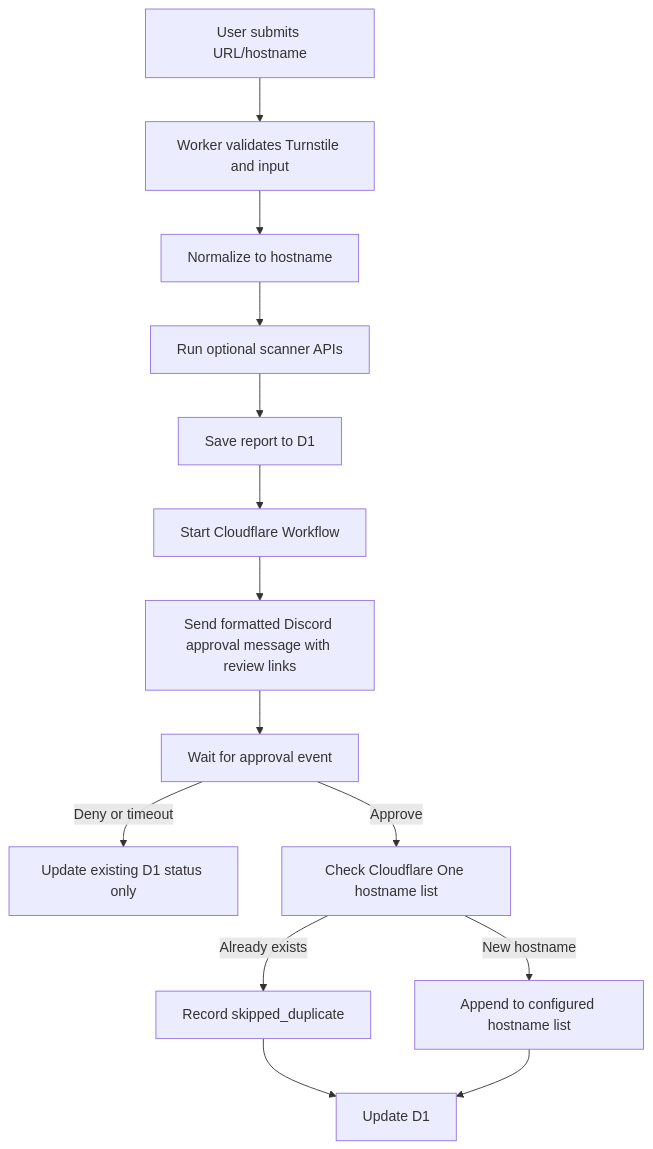
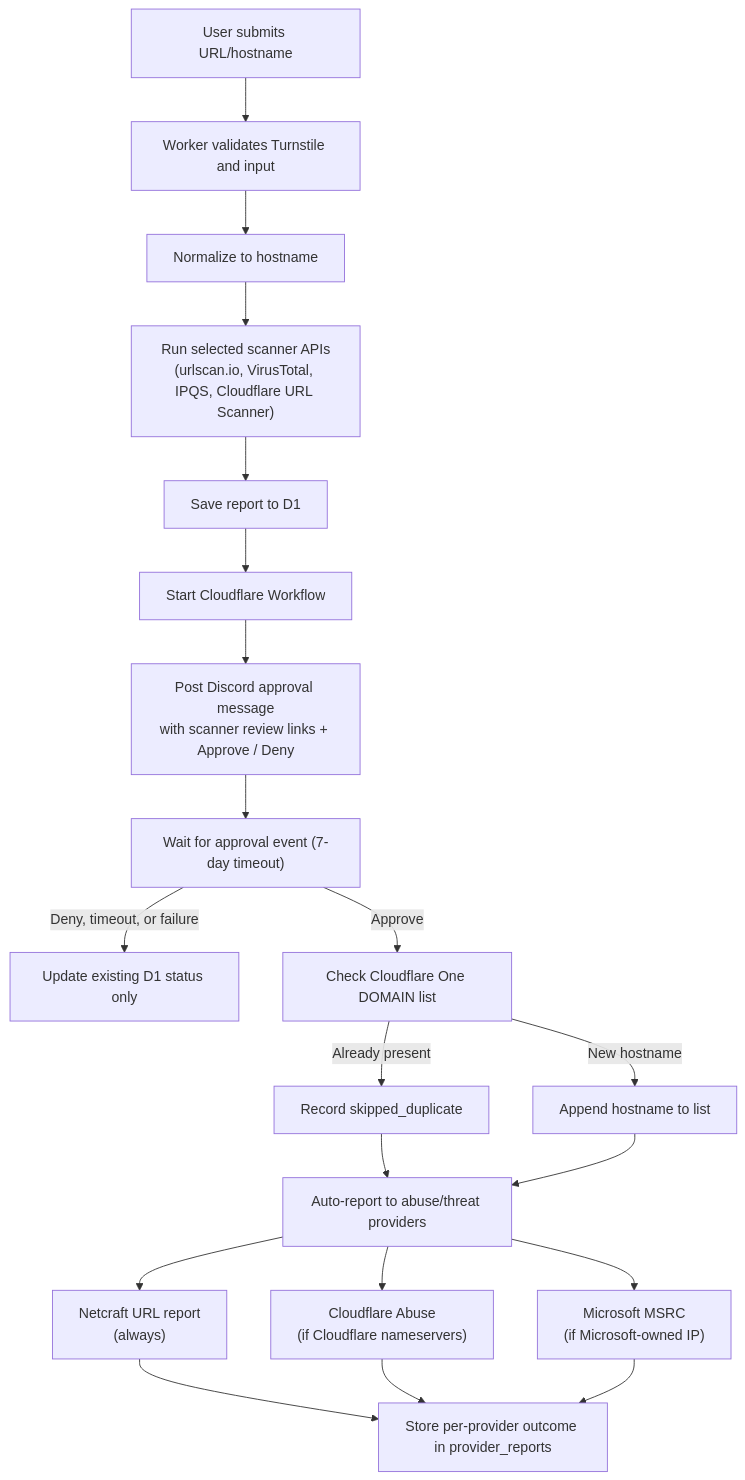
Before and after one commit to DavidJKTofan/phishing-submission-collector: the diagram in README.md, drawn with Mermaid. The commit also changed other lines of this file and 28 other files, not shown here.

````diff
--- a/README.md
+++ b/README.md
@@ -20,16 +23,22 @@
 ```mermaid
 flowchart TD
     A["User submits URL/hostname"] --> B["Worker validates Turnstile and input"]
     B --> C["Normalize to hostname"]
-    C --> D["Run optional scanner APIs"]
+    C --> D["Run selected scanner APIs<br/>(urlscan.io, VirusTotal, IPQS, Cloudflare URL Scanner)"]
     D --> E["Save report to D1"]
     E --> F["Start Cloudflare Workflow"]
-    F --> G["Send formatted Discord approval message with review links"]
-    G --> H["Wait for approval event"]
-    H -->|Deny or timeout| I["Update existing D1 status only"]
-    H -->|Approve| J["Check Cloudflare One hostname list"]
-    J -->|Already exists| K["Record skipped_duplicate"]
-    J -->|New hostname| L["Append to configured hostname list"]
-    K --> M["Update D1"]
+    F --> G["Post Discord approval message<br/>with scanner review links + Approve / Deny"]
+    G --> H["Wait for approval event (7-day timeout)"]
+    H -->|Deny, timeout, or failure| I["Update existing D1 status only"]
+    H -->|Approve| J["Check Cloudflare One DOMAIN list"]
+    J -->|Already present| K["Record skipped_duplicate"]
+    J -->|New hostname| L["Append hostname to list"]
+    K --> M["Auto-report to abuse/threat providers"]
     L --> M
+    M --> N["Netcraft URL report<br/>(always)"]
+    M --> O["Cloudflare Abuse<br/>(if Cloudflare nameservers)"]
+    M --> P["Microsoft MSRC<br/>(if Microsoft-owned IP)"]
+    N --> Q["Store per-provider outcome in provider_reports"]
+    O --> Q
+    P --> Q
 ```
````
